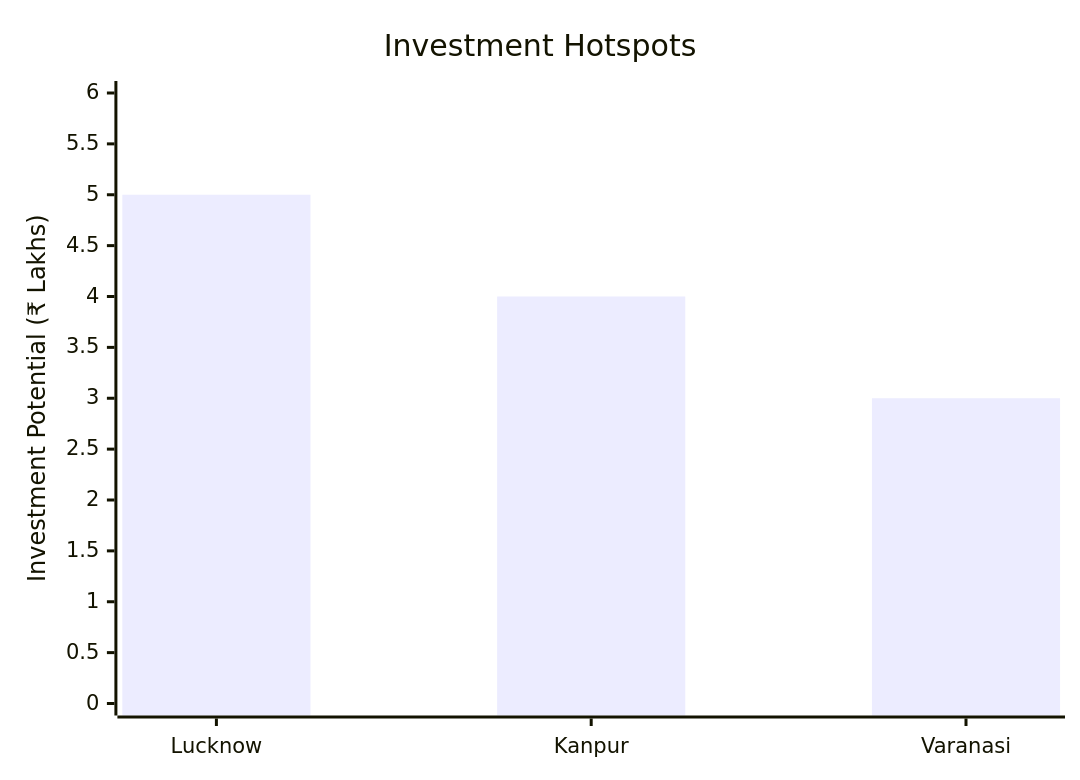
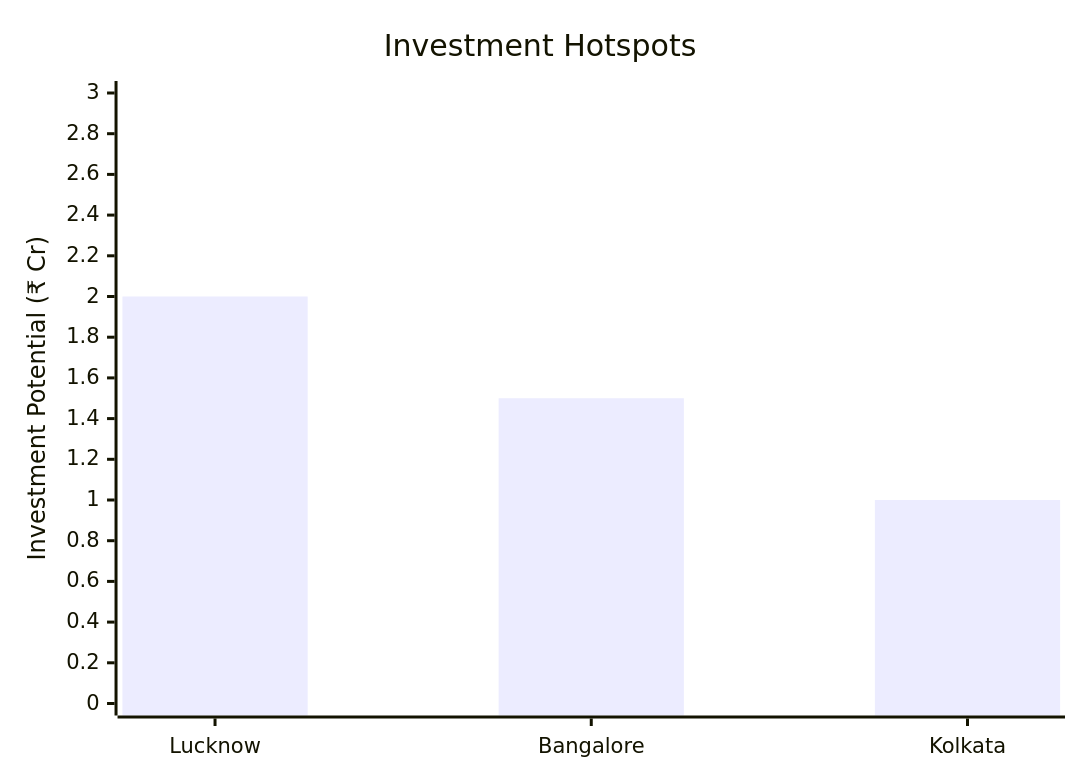
The ninth of 15 diagrams in docs/0001_3PlyMask/Deep-Research.md (arindampradhan/pmegpeportal-programme), drawn with Mermaid before and after one commit. The commit also changed other lines of this file and 2 other files, not shown here.

````diff
--- a/docs/0001_3PlyMask/Deep-Research.md
+++ b/docs/0001_3PlyMask/Deep-Research.md
@@ -293,7 +303,7 @@
 ```mermaid
 xychart-beta
     title "Investment Hotspots"
-    x-axis [Lucknow, Kanpur, Varanasi]
-    y-axis "Investment Potential (₹ Lakhs)" 0 --> 6
-    bar [5, 4, 3]
+    x-axis [Lucknow, Bangalore, Kolkata]
+    y-axis "Investment Potential (₹ Cr)" 0 --> 3
+    bar [2, 1.5, 1]
 ```
````
